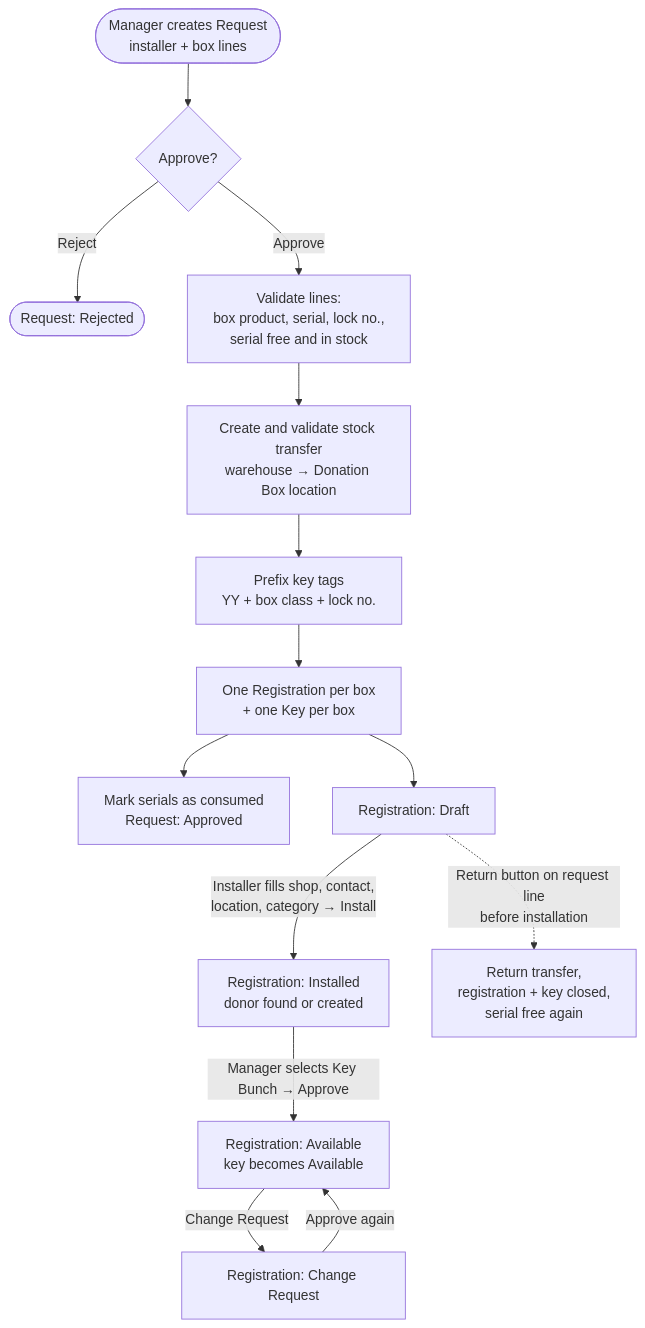
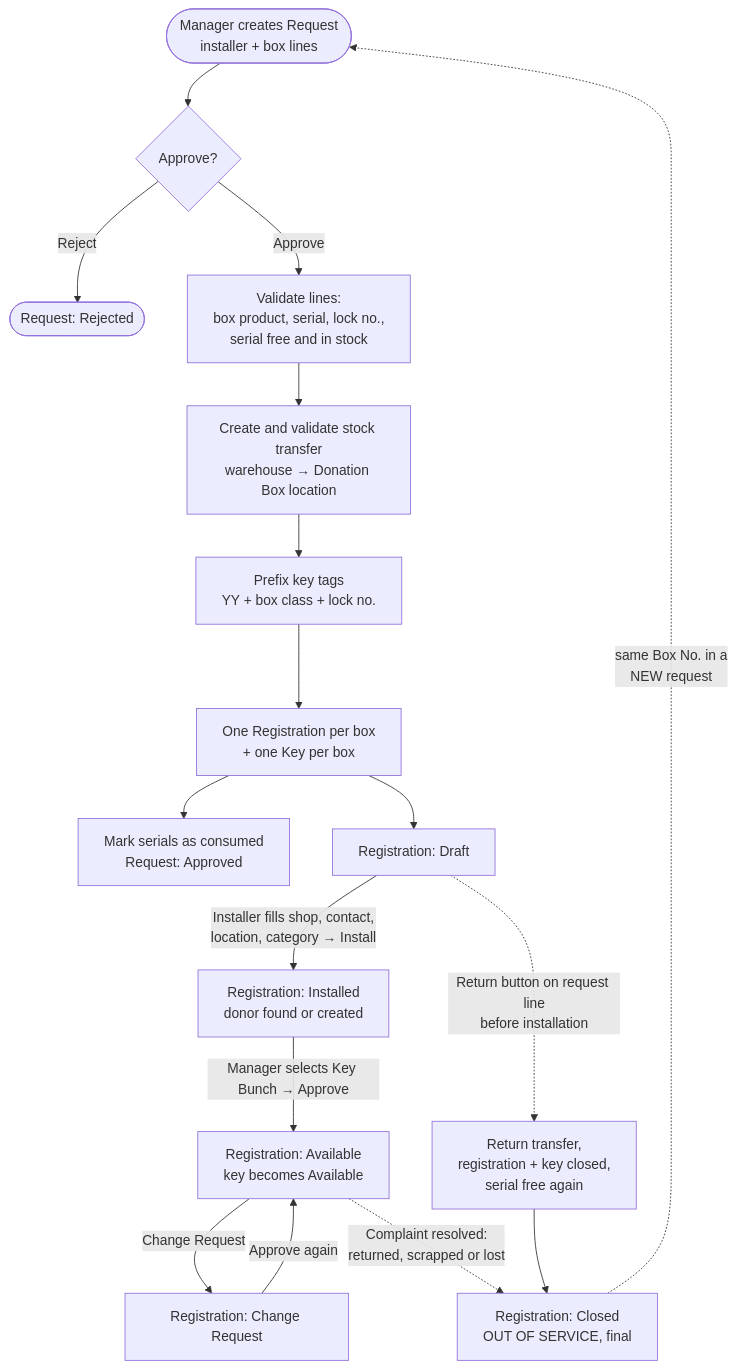
The first of 2 diagrams in custom-addons/bn_donation_box/README.md (Saylani-Welfare-Trust/swit-odoo), drawn with Mermaid before and after one commit. The commit also changed other lines of this file and 23 other files, not shown here.

Commit message:
[22 Oct 26] [Updating Donation Box Flow]

````diff
--- a/custom-addons/bn_donation_box/README.md
+++ b/custom-addons/bn_donation_box/README.md
@@ -30,18 +30,21 @@
 ```mermaid
 flowchart TD
     A([Manager creates Request<br/>installer + box lines]) --> B{Approve?}
     B -->|Reject| RJ([Request: Rejected])
     B -->|Approve| C[Validate lines:<br/>box product, serial, lock no.,<br/>serial free and in stock]
     C --> D[Create and validate stock transfer<br/>warehouse → Donation Box location]
     D --> E[Prefix key tags<br/>YY + box class + lock no.]
     E --> F[One Registration per box<br/>+ one Key per box]
     F --> G[Mark serials as consumed<br/>Request: Approved]
 
     F --> H[Registration: Draft]
     H -->|Installer fills shop, contact,<br/>location, category → Install| I[Registration: Installed<br/>donor found or created]
     I -->|Manager selects Key Bunch → Approve| J[Registration: Available<br/>key becomes Available]
     J -->|Change Request| K[Registration: Change Request]
     K -->|Approve again| J
 
     H -.->|Return button on request line<br/>before installation| RET[Return transfer,<br/>registration + key closed,<br/>serial free again]
+    J -.->|Complaint resolved:<br/>returned, scrapped or lost| CL
+    RET --> CL[Registration: Closed<br/>OUT OF SERVICE, final]
+    CL -.->|same Box No. in a<br/>NEW request| A
 ```
````
